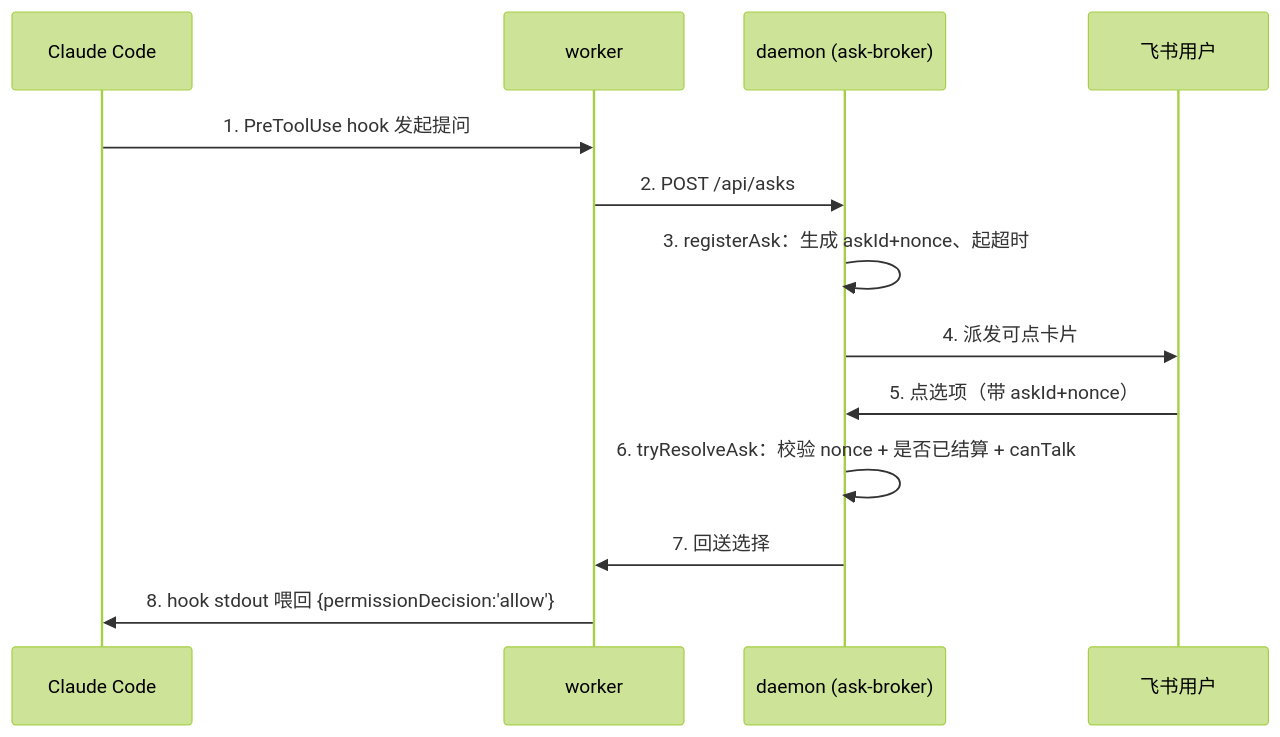
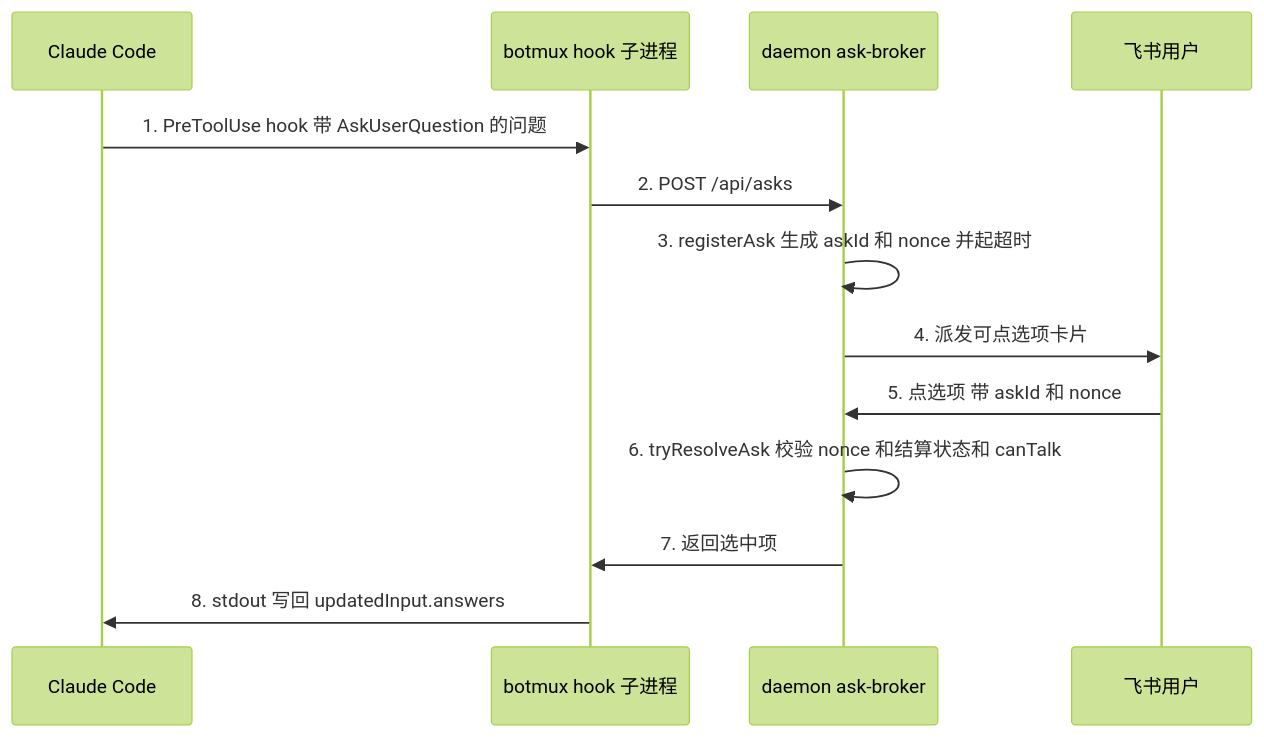
Before and after one commit to diguike/book-source-reading: the eighth of 8 diagrams in book/05-botmux.md, drawn with Mermaid (forest theme). The commit also changed other lines of this file and 10 other files, not shown here.

````diff
--- a/book/05-botmux.md
+++ b/book/05-botmux.md
@@ -845,15 +852,15 @@
 ```mermaid
 sequenceDiagram
     participant C as Claude Code
-    participant W as worker
-    participant D as daemon (ask-broker)
+    participant H as botmux hook 子进程
+    participant D as daemon ask-broker
     participant U as 飞书用户
-    C->>W: 1. PreToolUse hook 发起提问
-    W->>D: 2. POST /api/asks
-    D->>D: 3. registerAsk：生成 askId+nonce、起超时
-    D->>U: 4. 派发可点卡片
-    U->>D: 5. 点选项（带 askId+nonce）
-    D->>D: 6. tryResolveAsk：校验 nonce + 是否已结算 + canTalk
-    D->>W: 7. 回送选择
-    W->>C: 8. hook stdout 喂回 {permissionDecision:'allow'}
+    C->>H: 1. PreToolUse hook 带 AskUserQuestion 的问题
+    H->>D: 2. POST /api/asks
+    D->>D: 3. registerAsk 生成 askId 和 nonce 并起超时
+    D->>U: 4. 派发可点选项卡片
+    U->>D: 5. 点选项 带 askId 和 nonce
+    D->>D: 6. tryResolveAsk 校验 nonce 和结算状态和 canTalk
+    D->>H: 7. 返回选中项
+    H->>C: 8. stdout 写回 updatedInput.answers
 ```
````
